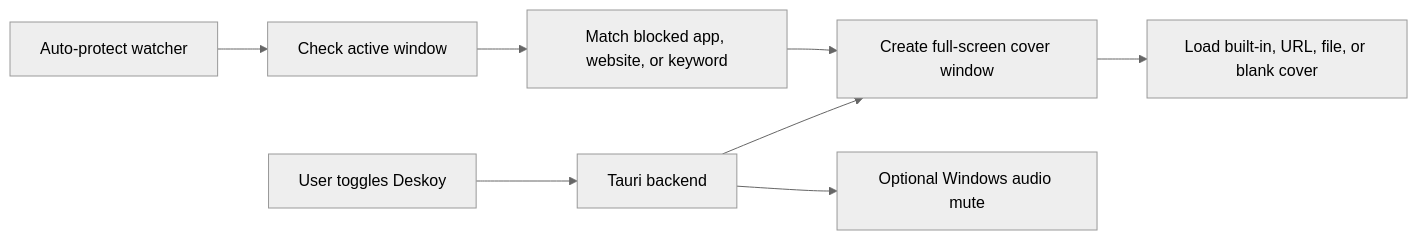
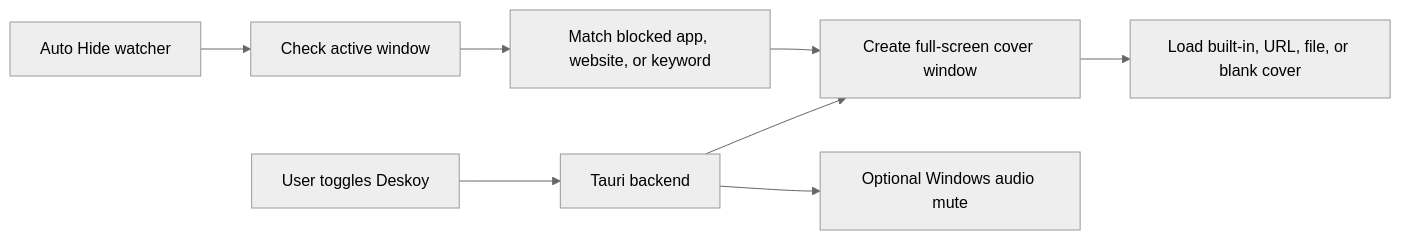
The diagram in README.md (setjet/deskoy), drawn with Mermaid (neutral theme) before and after one commit. The commit also changed other lines of this file and 59 other files, not shown here.

````diff
--- a/README.md
+++ b/README.md
@@ -60,10 +60,10 @@
 ```mermaid
 flowchart LR
   A["User toggles Deskoy"] --> B["Tauri backend"]
   B --> C["Create full-screen cover window"]
   C --> D["Load built-in, URL, file, or blank cover"]
   B --> E["Optional Windows audio mute"]
-  F["Auto-protect watcher"] --> G["Check active window"]
+  F["Auto Hide watcher"] --> G["Check active window"]
   G --> H["Match blocked app, website, or keyword"]
   H --> C
 ```
````
